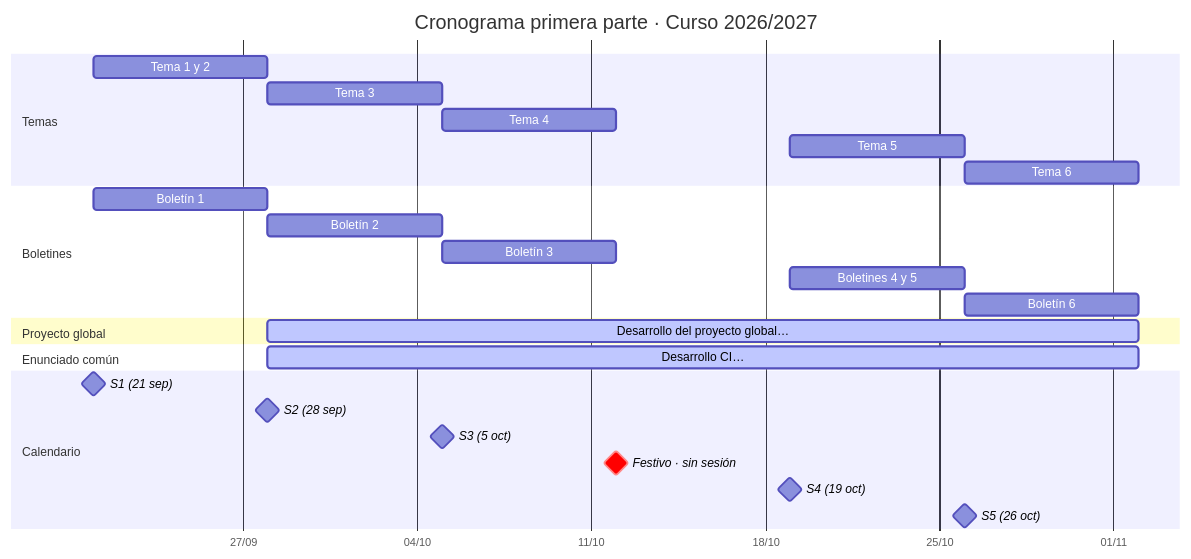
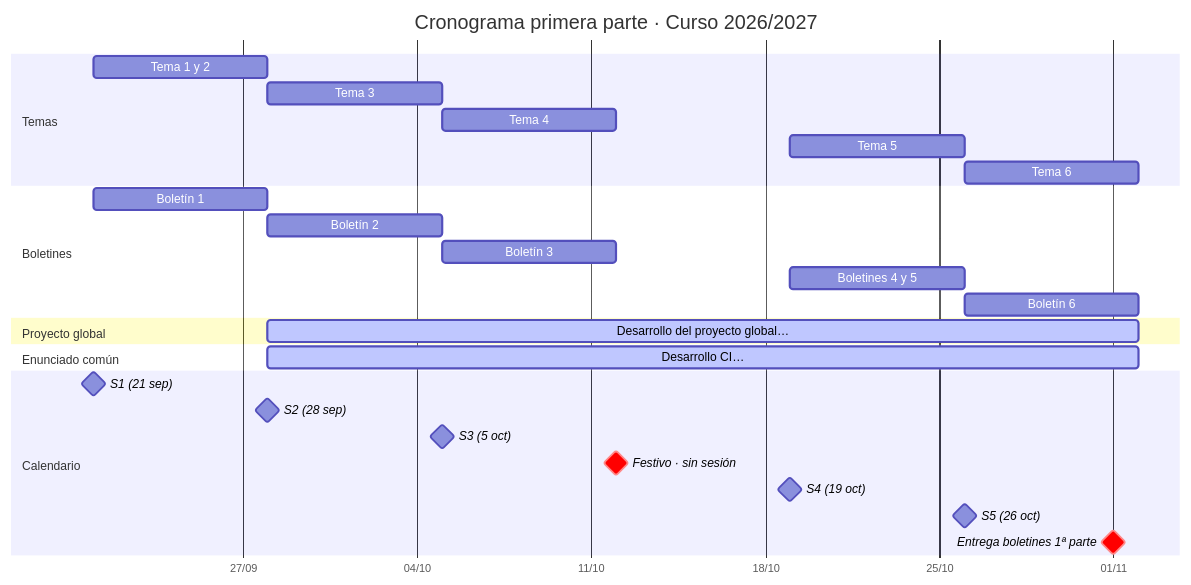
The sixth of 6 diagrams in content/practicas/boletin0-guia-del-curso.md (practicas-continuas-umu/apuntes), drawn with Mermaid before and after one commit. The commit also changed other lines of this file and 2 other files, not shown here.

````diff
--- a/content/practicas/boletin0-guia-del-curso.md
+++ b/content/practicas/boletin0-guia-del-curso.md
@@ -320,34 +320,35 @@
 ```mermaid
 gantt
     title Cronograma primera parte · Curso 2026/2027
     dateFormat YYYY-MM-DD
     axisFormat %d/%m
  
     section Temas
     Tema 1 y 2                 :t12,  2026-09-21, 7d
     Tema 3                     :t3,   2026-09-28, 7d
     Tema 4                     :t4,   2026-10-05, 7d
     Tema 5                     :t5,   2026-10-19, 7d
     Tema 6                     :t6,   2026-10-26, 7d
  
     section Boletines
     Boletín 1                  :b1,   2026-09-21, 7d
     Boletín 2                  :b2,   2026-09-28, 7d
     Boletín 3                  :b3,   2026-10-05, 7d
     Boletines 4 y 5             :b45,  2026-10-19, 7d
     Boletín 6                  :b6,   2026-10-26, 7d
  
     section Proyecto global
     Desarrollo del proyecto global… :active, pg, 2026-09-28, 2026-11-02
  
     section Enunciado común
     Desarrollo CI…             :active, pc, 2026-09-28, 2026-11-02
  
     section Calendario
     S1 (21 sep)                :milestone, m1, 2026-09-21, 0d
     S2 (28 sep)                :milestone, m2, 2026-09-28, 0d
     S3 (5 oct)                 :milestone, m3, 2026-10-05, 0d
     Festivo · sin sesión       :crit, milestone, m0, 2026-10-12, 0d
     S4 (19 oct)                :milestone, m4, 2026-10-19, 0d
     S5 (26 oct)                :milestone, m5, 2026-10-26, 0d
+    Entrega boletines 1ª parte :crit, milestone, meb, 2026-11-01, 0d
 ```
````
